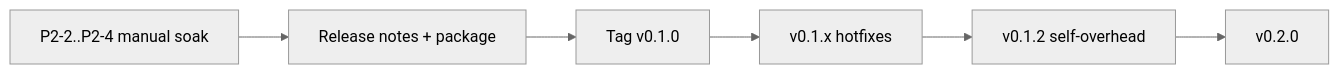
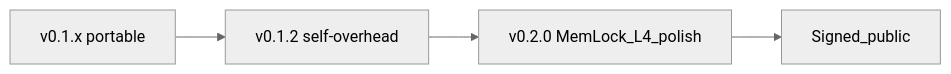
Before and after one commit to Dendro-X0/Unstick: the diagram in docs/roadmap-next-release.md, drawn with Mermaid (neutral theme). The commit also changed other lines of this file and 12 other files, not shown here.

First line of the commit message:
Release Unstick 0.2.0: Mem Lock L4, event log, and portable polish.

````diff
--- a/docs/roadmap-next-release.md
+++ b/docs/roadmap-next-release.md
@@ -7,10 +7,8 @@
 ```mermaid
 flowchart LR
-  soak[P2-2..P2-4 manual soak]
-  notes[Release notes + package]
-  v01[Tag v0.1.0]
-  hot[v0.1.x hotfixes]
+  v01[v0.1.x portable]
   oh[v0.1.2 self-overhead]
-  v02[v0.2.0]
-  soak --> notes --> v01 --> hot --> oh --> v02
+  v02[v0.2.0 MemLock_L4_polish]
+  sign[Signed_public]
+  v01 --> oh --> v02 --> sign
 ```
````
